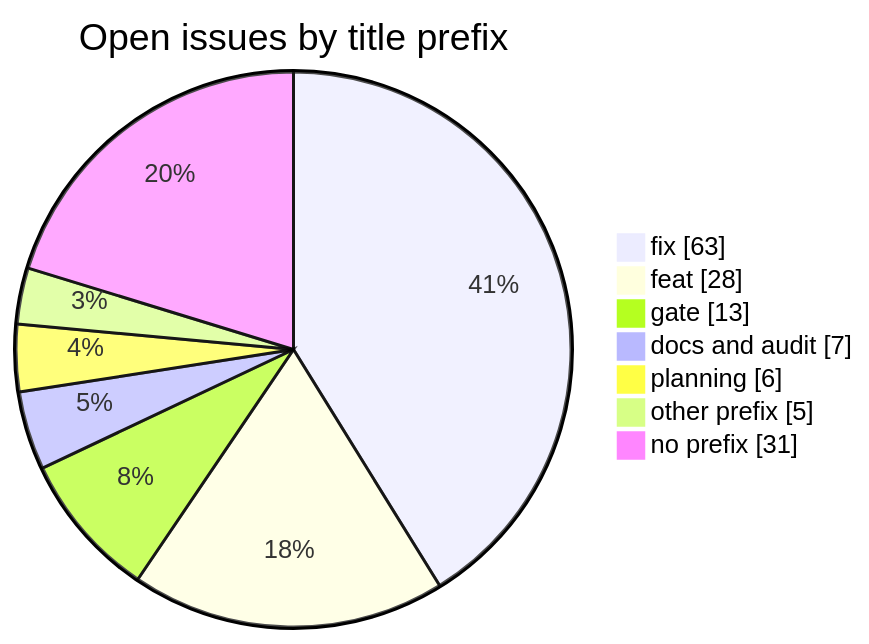
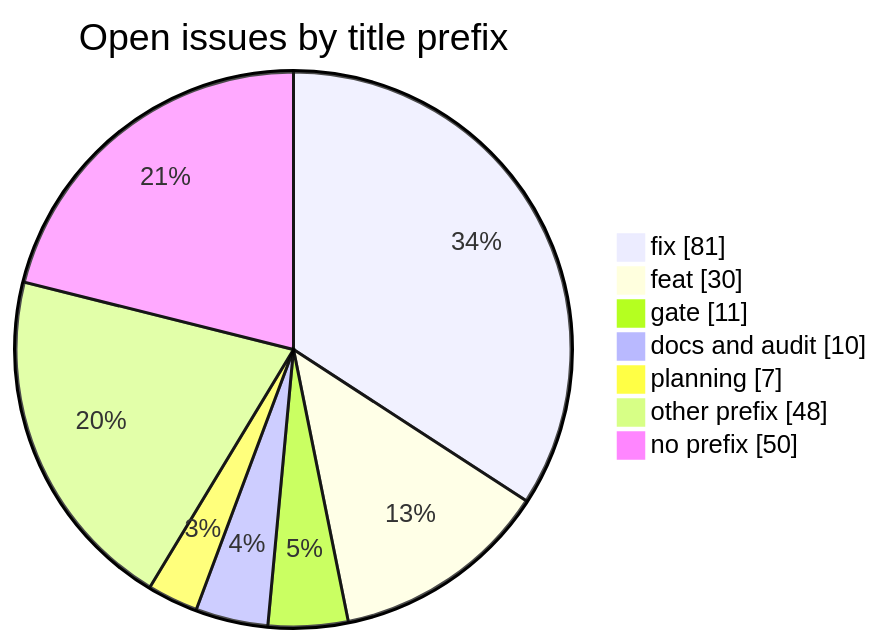
One commit to mfittko/dev-loops changed the second of 11 diagrams in docs/atlas/14-roadmap.md. Above: the diagram before and after it, drawn with Mermaid. The commit also changed other lines of this file, not shown here.

First line of the commit message:
docs(atlas): refresh section 14-roadmap to f6619004d

````diff
--- a/docs/atlas/14-roadmap.md
+++ b/docs/atlas/14-roadmap.md
@@ -36,11 +36,11 @@
 ```mermaid
 pie showData
     title Open issues by title prefix
-    "fix" : 63
-    "feat" : 28
-    "gate" : 13
-    "docs and audit" : 7
-    "planning" : 6
-    "other prefix" : 5
-    "no prefix" : 31
+    "fix" : 81
+    "feat" : 30
+    "gate" : 11
+    "docs and audit" : 10
+    "planning" : 7
+    "other prefix" : 48
+    "no prefix" : 50
 ```
````
